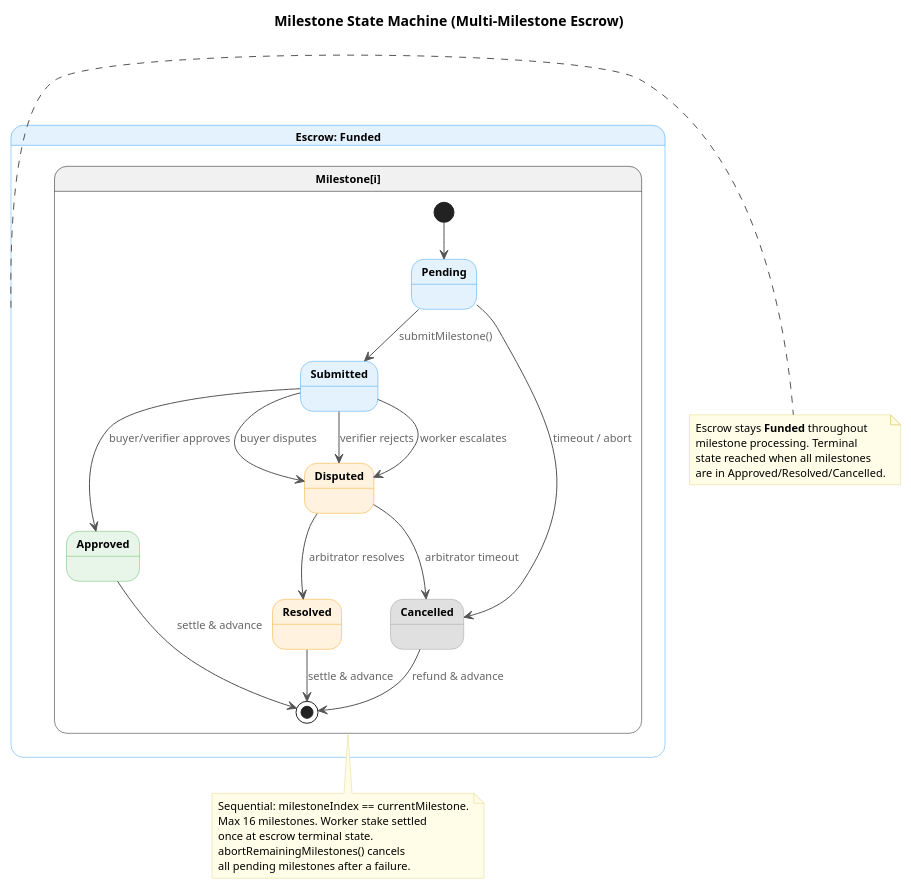
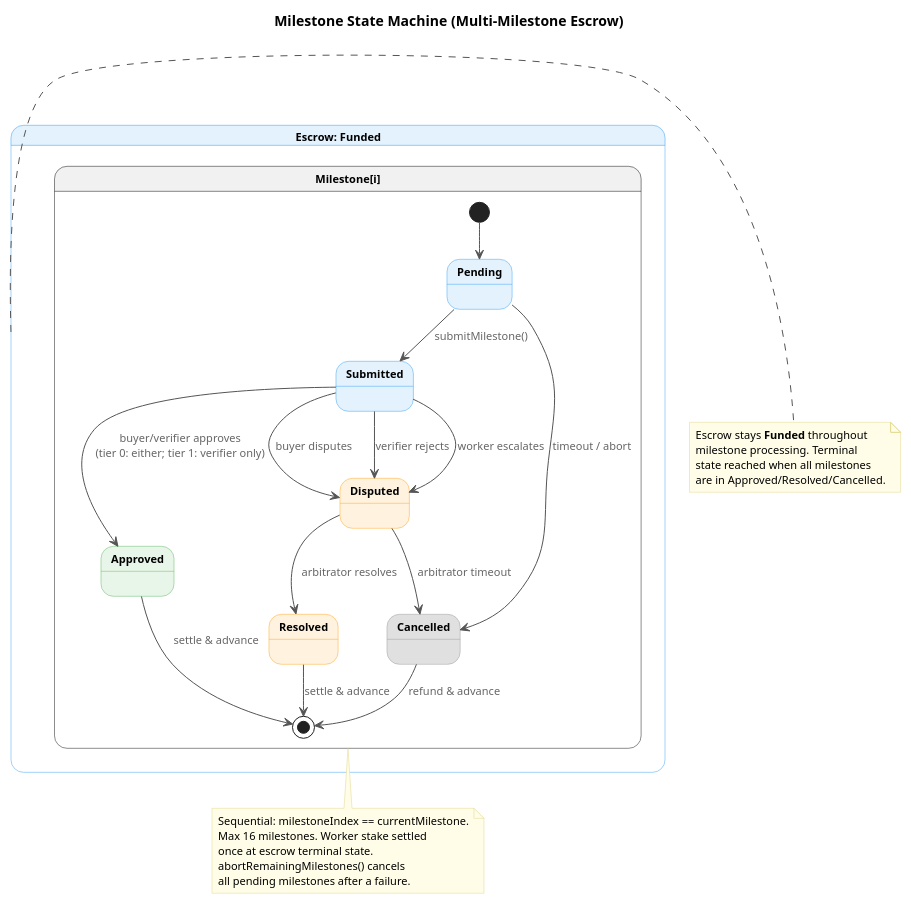
One commit to eddiefleurent/agent-escrow changed the second of 2 diagrams in docs/diagrams/state-machine.puml. Above: the diagram before and after it, drawn with PlantUML. The commit also changed other lines of this file and 31 other files, not shown here.

```diff
--- a/docs/diagrams/state-machine.puml
+++ b/docs/diagrams/state-machine.puml
@@ -96,68 +99,68 @@
 @startuml milestone-state-machine
 skinparam backgroundColor #FFFFFF
 skinparam defaultFontName "Helvetica"
 skinparam defaultFontSize 13
 skinparam shadowing false
 skinparam ArrowColor #555555
 skinparam ArrowFontSize 11
 skinparam ArrowFontColor #666666
 
 skinparam state {
   FontSize 14
   FontStyle bold
   AttributeFontSize 11
 }
 
 skinparam note {
   BackgroundColor #FFFDE7
   BorderColor #E0D68A
   FontSize 11
 }
 
 title Milestone State Machine (Multi-Milestone Escrow)
 
 state "Escrow: Funded" as EscrowFunded #E3F2FD ##42A5F5 {
 
   state "Milestone[i]" as ms {
     state Pending #E3F2FD ##42A5F5
     state MsSubmitted as "Submitted" #E3F2FD ##42A5F5
     state MsApproved as "Approved" #E8F5E9 ##66BB6A
     state MsDisputed as "Disputed" #FFF3E0 ##FFA726
     state MsResolved as "Resolved" #FFF3E0 ##FFA726
     state MsCancelled as "Cancelled" #E0E0E0 ##9E9E9E
 
     [*] --> Pending
 
     Pending --> MsSubmitted : submitMilestone()
     Pending --> MsCancelled : timeout / abort
 
-    MsSubmitted --> MsApproved : buyer/verifier approves
+    MsSubmitted --> MsApproved : buyer/verifier approves\n(tier 0: either; tier 1: verifier only)
     MsSubmitted --> MsDisputed : buyer disputes
     MsSubmitted --> MsDisputed : verifier rejects
     MsSubmitted --> MsDisputed : worker escalates
 
     MsDisputed --> MsResolved : arbitrator resolves
     MsDisputed --> MsCancelled : arbitrator timeout
 
     MsApproved --> [*] : settle & advance
     MsResolved --> [*] : settle & advance
     MsCancelled --> [*] : refund & advance
   }
 }
 
 note right of EscrowFunded
   Escrow stays **Funded** throughout
   milestone processing. Terminal
   state reached when all milestones
   are in Approved/Resolved/Cancelled.
 end note
 
 note bottom of ms
   Sequential: milestoneIndex == currentMilestone.
   Max 16 milestones. Worker stake settled
   once at escrow terminal state.
   abortRemainingMilestones() cancels
   all pending milestones after a failure.
 end note
 
 @enduml
```
